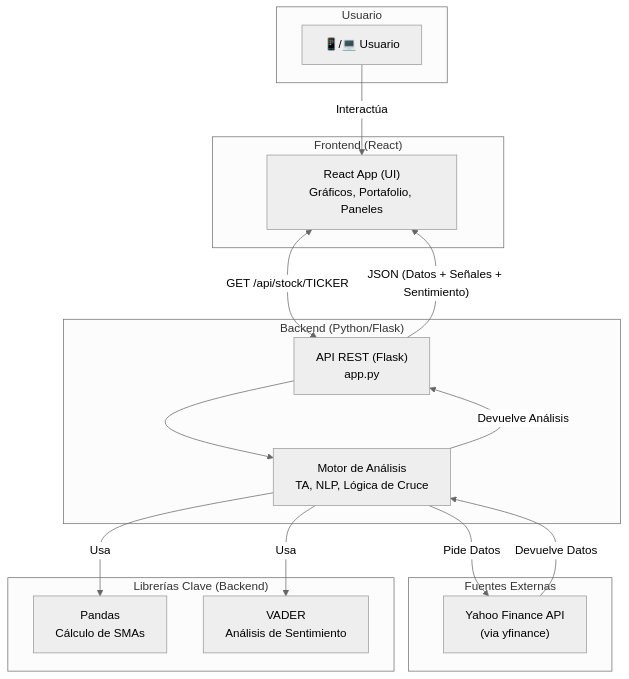
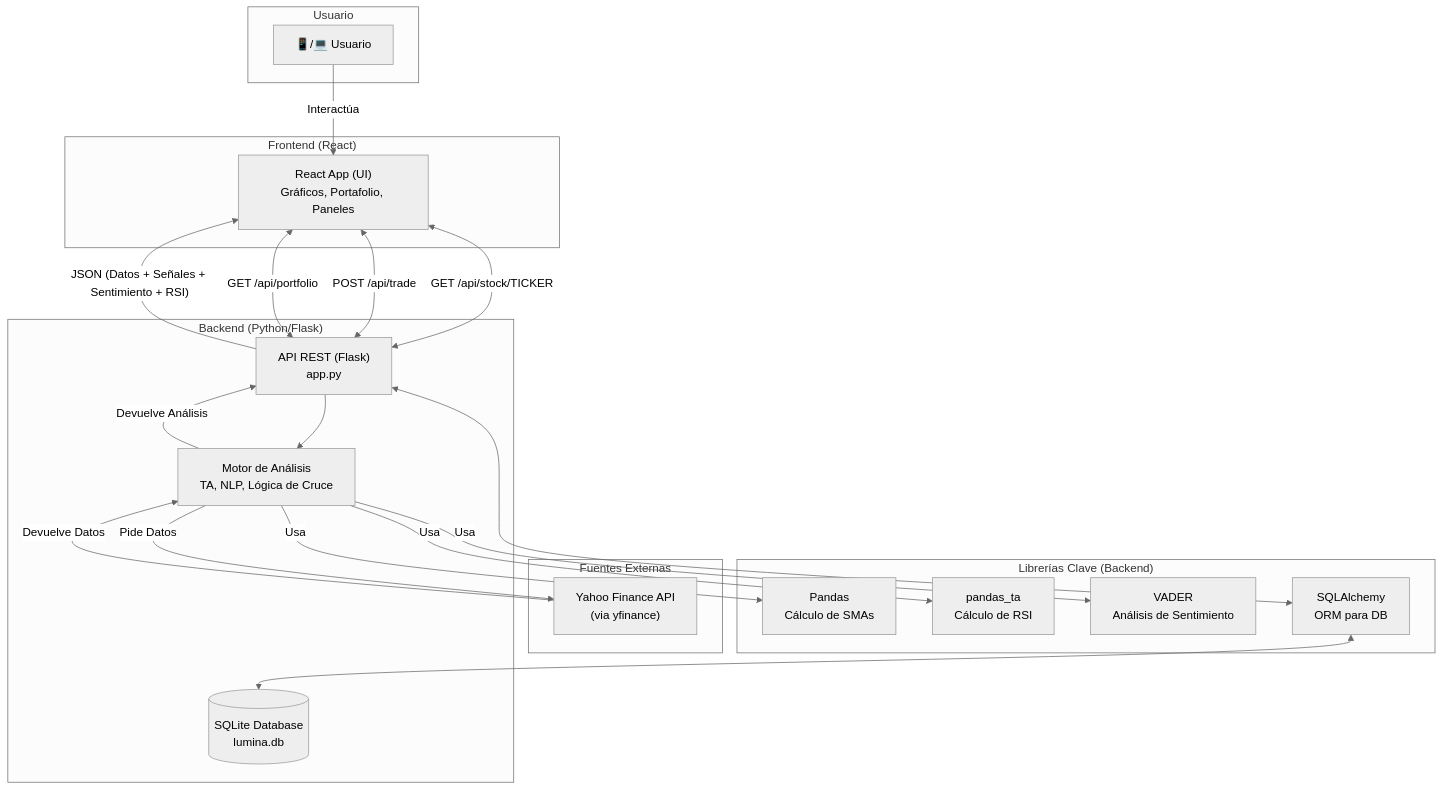
The first of 2 diagrams in README.md (franjavi-upct-es/lumina_project), drawn with Mermaid (neutral theme) before and after one commit. The commit also changed other lines of this file and 14 other files, not shown here.

````diff
--- a/README.md
+++ b/README.md
@@ -54,30 +60,38 @@
 ```mermaid
 graph TD
     subgraph "Usuario"
         U[📱/💻 Usuario]
     end
     subgraph "Frontend (React)"
         F["React App (UI)<br>Gráficos, Portafolio, Paneles"]
     end
     subgraph "Backend (Python/Flask)"
         B["API REST (Flask)<br>app.py"]
         M[Motor de Análisis<br>TA, NLP, Lógica de Cruce]
+        DB[(SQLite Database<br>lumina.db)]
     end
     subgraph "Fuentes Externas"
         YF["Yahoo Finance API<br>(via yfinance)"]
     end
     subgraph "Librerías Clave (Backend)"
         P[Pandas<br>Cálculo de SMAs]
+        PT[pandas_ta<br>Cálculo de RSI]
         V[VADER<br>Análisis de Sentimiento]
+        SA[SQLAlchemy<br>ORM para DB]
     end
 
     U -- Interactúa --> F
     F <-->|GET /api/stock/TICKER| B
+    F <-->|POST /api/trade| B
+    F <-->|GET /api/portfolio| B
     B --> M
     M -- Pide Datos --> YF
     M -- Usa --> P
+    M -- Usa --> PT
     M -- Usa --> V
+    B <--> SA
+    SA <--> DB
     YF -- Devuelve Datos --> M
     M -- Devuelve Análisis --> B
-    B -->|"JSON (Datos + Señales + Sentimiento)"| F
+    B -->|"JSON (Datos + Señales + Sentimiento + RSI)"| F
 ```
````
